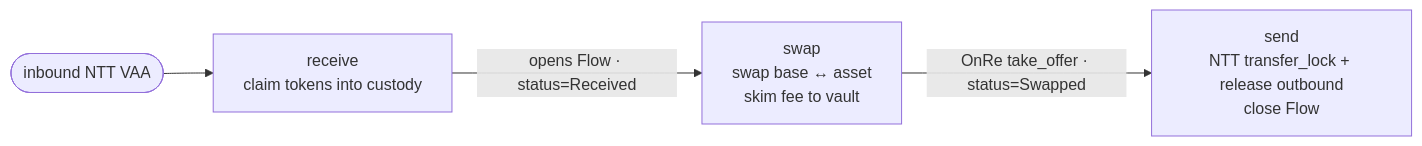
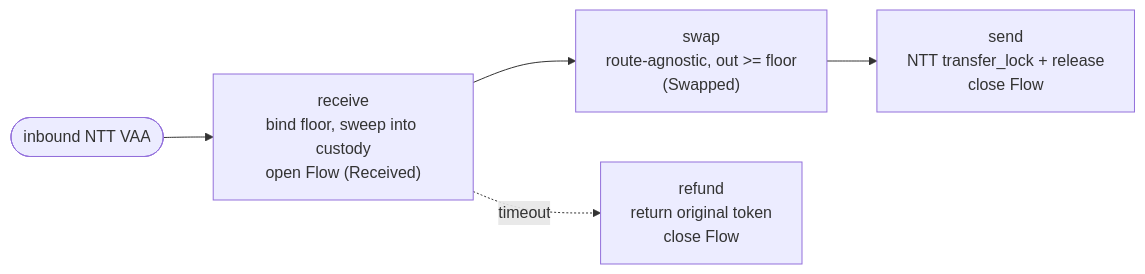
Before and after one commit to pointgroup-labs/fogo-yield: the second of 2 diagrams in docs/architecture.md, drawn with Mermaid. The commit also changed other lines of this file, not shown here.

Commit message:
docs(architecture): align with multi-pair relayer and min_out floor

````diff
--- a/docs/architecture.md
+++ b/docs/architecture.md
@@ -56,7 +58,9 @@
 ```mermaid
 flowchart LR
     VAA(["inbound NTT VAA"]) --> RCV
-    RCV["receive<br/>claim tokens into custody"] -->|"opens Flow · status=Received"| SWP
-    SWP["swap<br/>swap base ↔ asset<br/>skim fee to vault"] -->|"OnRe take_offer · status=Swapped"| SND
-    SND["send<br/>NTT transfer_lock + release outbound<br/>close Flow"]
+    RCV["receive<br/>bind floor, sweep into custody<br/>open Flow (Received)"] --> SWP
+    RCV -.->|"timeout"| RFD
+    SWP["swap<br/>route-agnostic, out >= floor<br/>(Swapped)"] --> SND
+    SND["send<br/>NTT transfer_lock + release<br/>close Flow"]
+    RFD["refund<br/>return original token<br/>close Flow"]
 ```
````
